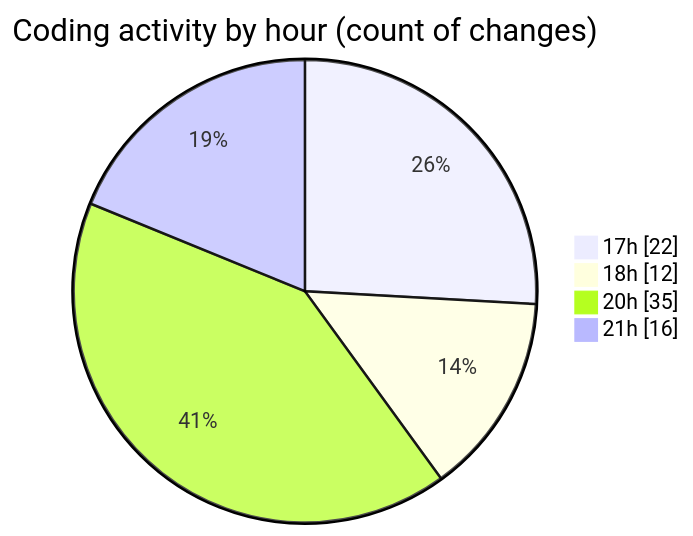
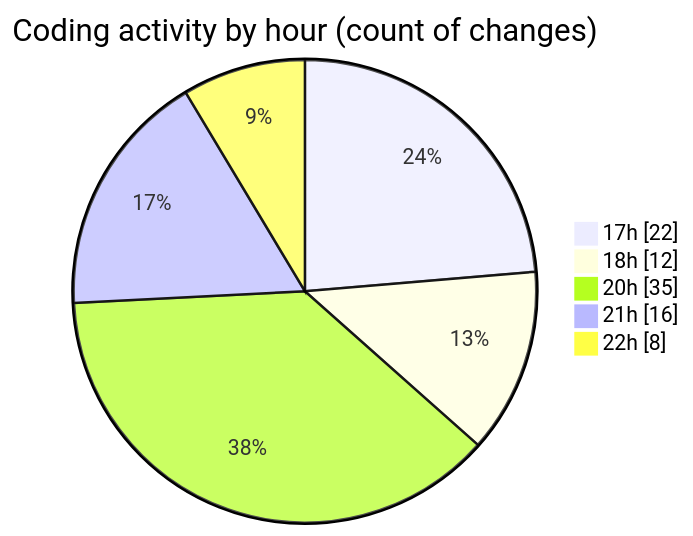
Before and after one commit to Netris89/code-tracking: the second of 2 diagrams in 2025-10-30/skintrack/README.md, drawn with Mermaid. The commit also changed other lines of this file and 1 other file, not shown here.

````diff
--- a/2025-10-30/skintrack/README.md
+++ b/2025-10-30/skintrack/README.md
@@ -36,8 +37,9 @@
 ```mermaid
 pie showData
 title Coding activity by hour (count of changes)
 "17h" : 22
 "18h" : 12
 "20h" : 35
 "21h" : 16
+"22h" : 8
 ```
````
